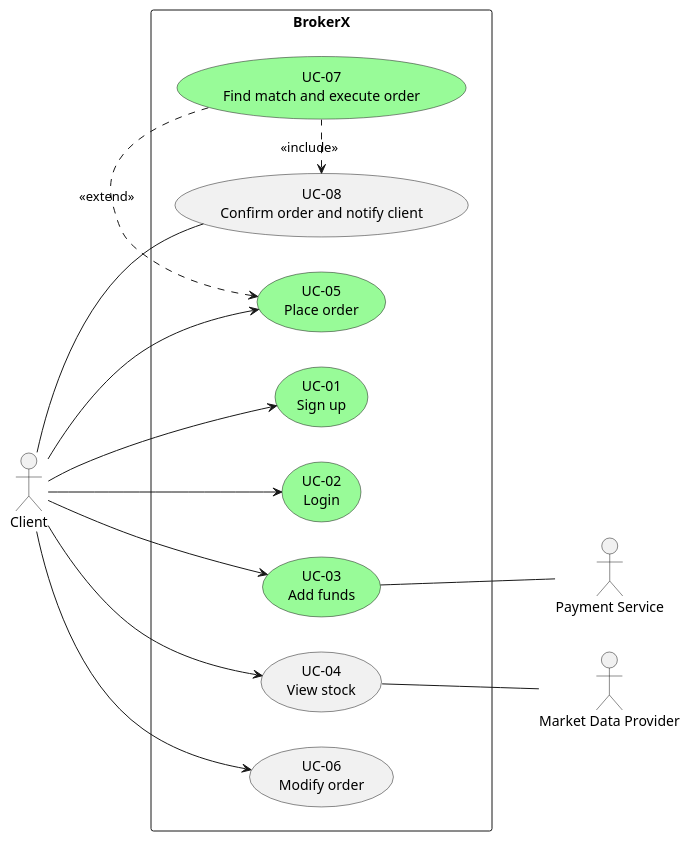
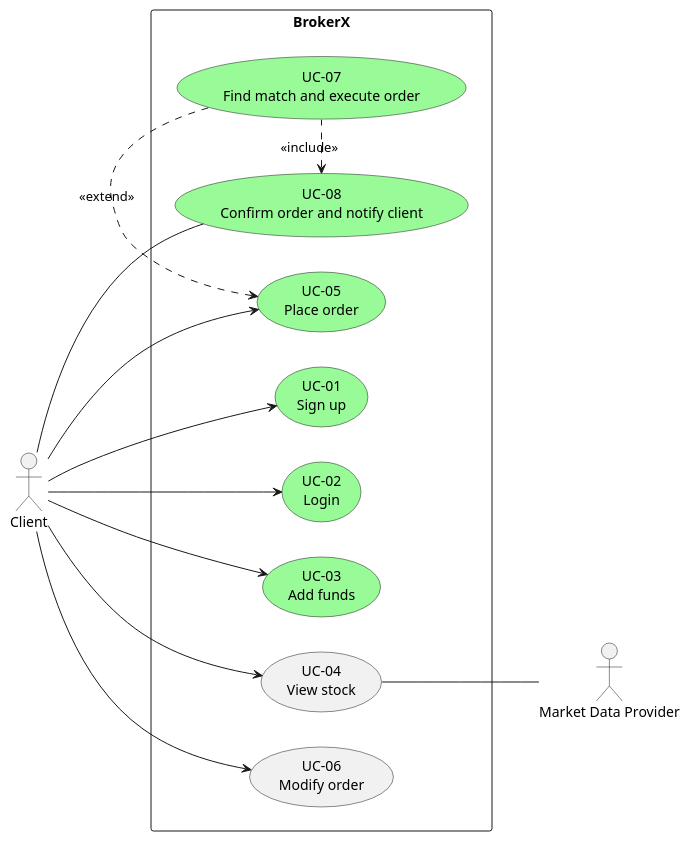
One commit to cjayneb/log430-project changed the diagram in docs/use_cases/all_use_cases.puml. Above: the diagram before and after it, drawn with PlantUML. The commit also changed 23 other files, not shown here.

```diff
--- a/docs/use_cases/all_use_cases.puml
+++ b/docs/use_cases/all_use_cases.puml
@@ -1,42 +1,40 @@
 @startuml all_use_cases
 left to right direction
 
 actor Client as C
 
 rectangle BrokerX {
     together {
         usecase "UC-01\nSign up" as UC01 #palegreen
         usecase "UC-02\nLogin" as UC02 #palegreen
         usecase "UC-03\nAdd funds" as UC03 #palegreen
         usecase "UC-04\nView stock" as UC04
         usecase "UC-06\nModify order" as UC06
     }
     
     together {
-        usecase "UC-08\nConfirm order and notify client" as UC08
+        usecase "UC-08\nConfirm order and notify client" as UC08 #palegreen
         usecase "UC-05\nPlace order" as UC05 #palegreen
         usecase "UC-07\nFind match and execute order" as UC07 #palegreen
     }
 }
 
-actor "Payment Service" as PS
 actor "Market Data Provider" as MDP
 
 ' Client interactions
 C --> UC01
 C --> UC02
 C --> UC03
 C --> UC04
 C --> UC05
 C --> UC06
 
 ' External services interactions
-UC03 -- PS 
 UC04 -- MDP
 
 ' Relationships between use cases
 UC08 -- C
 UC05 <. UC07 : <<extend>>
 UC08 <. UC07 : <<include>>
 
 @enduml
```
